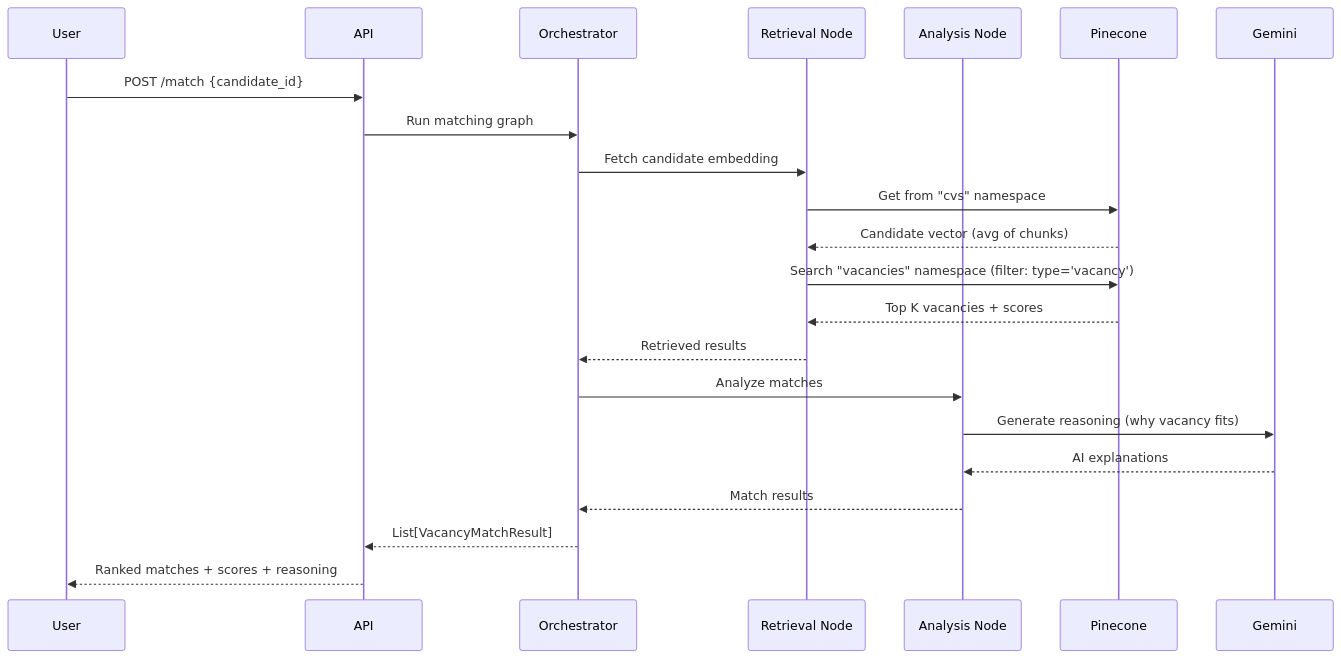
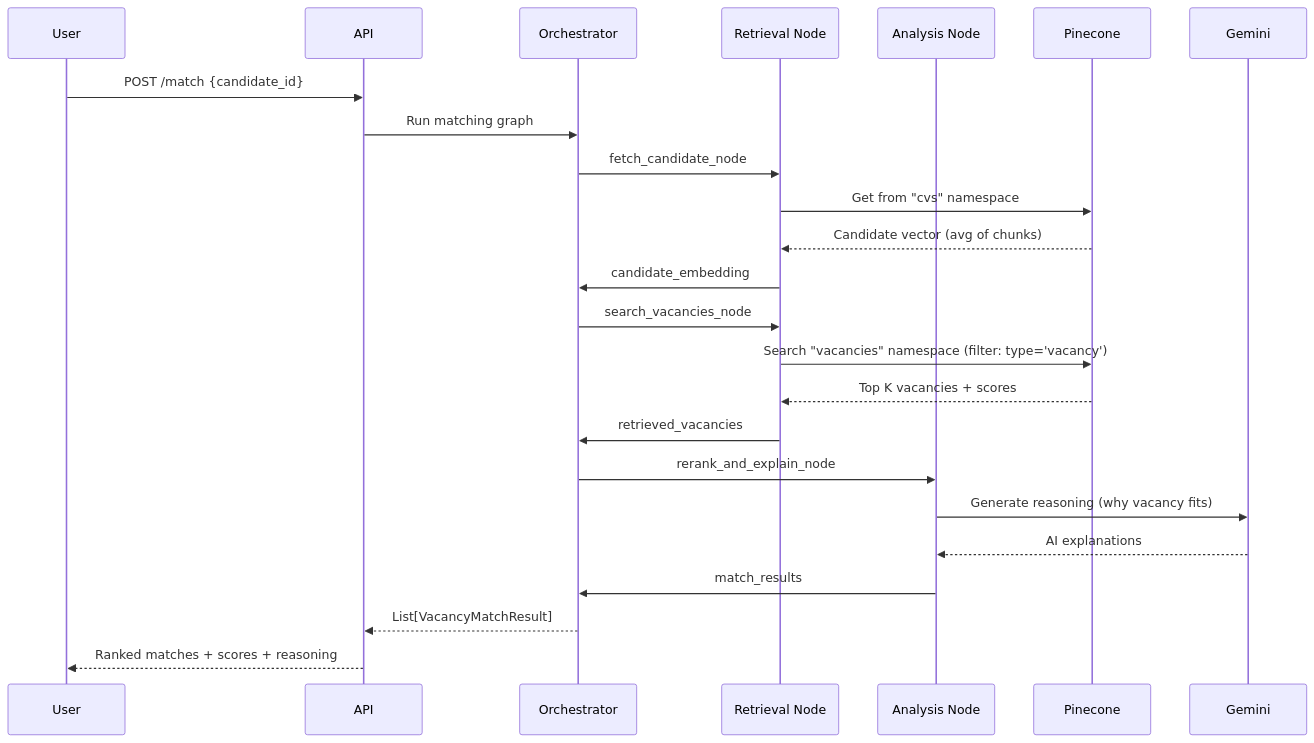
The fourth of 4 diagrams in README.md (kkonst-bond-edu/funds-search), drawn with Mermaid before and after one commit. The commit also changed other lines of this file and 3 other files, not shown here.

````diff
--- a/README.md
+++ b/README.md
@@ -280,25 +371,27 @@
 ```mermaid
 sequenceDiagram
     participant U as User
     participant A as API
     participant O as Orchestrator
     participant R as Retrieval Node
     participant An as Analysis Node
     participant P as Pinecone
     participant G as Gemini
     
     U->>A: POST /match {candidate_id}
     A->>O: Run matching graph
-    O->>R: Fetch candidate embedding
+    O->>R: fetch_candidate_node
     R->>P: Get from "cvs" namespace
     P-->>R: Candidate vector (avg of chunks)
+    R->>O: candidate_embedding
+    O->>R: search_vacancies_node
     R->>P: Search "vacancies" namespace (filter: type='vacancy')
     P-->>R: Top K vacancies + scores
-    R-->>O: Retrieved results
-    O->>An: Analyze matches
+    R->>O: retrieved_vacancies
+    O->>An: rerank_and_explain_node
     An->>G: Generate reasoning (why vacancy fits)
     G-->>An: AI explanations
-    An-->>O: Match results
+    An->>O: match_results
     O-->>A: List[VacancyMatchResult]
     A-->>U: Ranked matches + scores + reasoning
 ```
````
